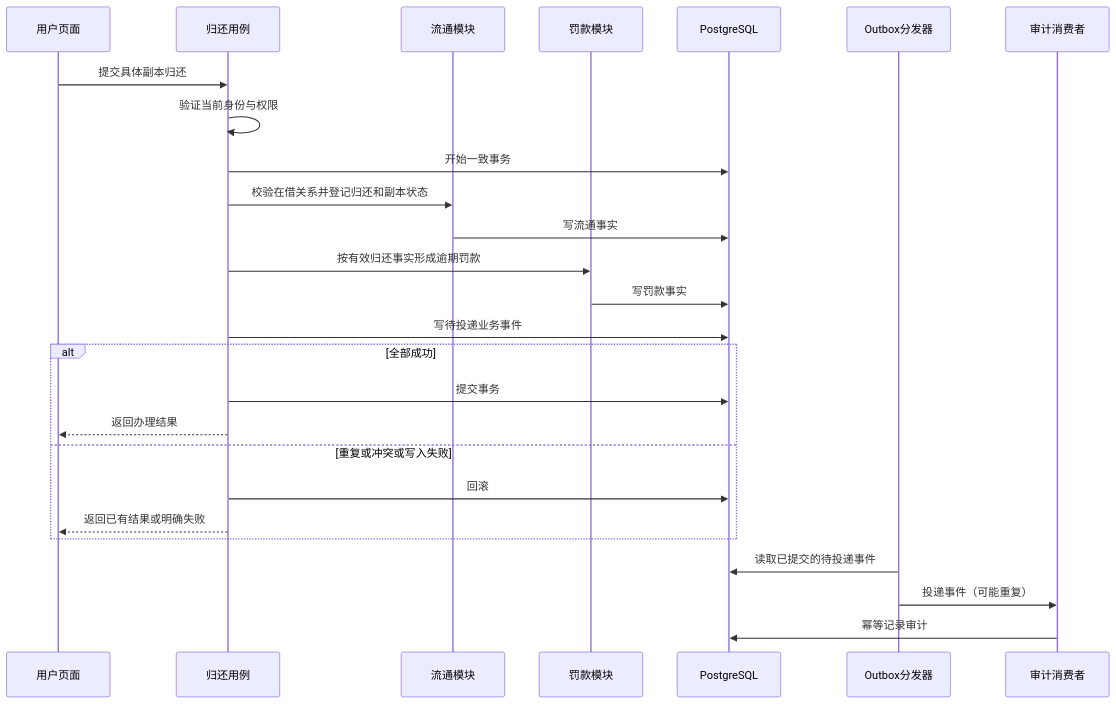
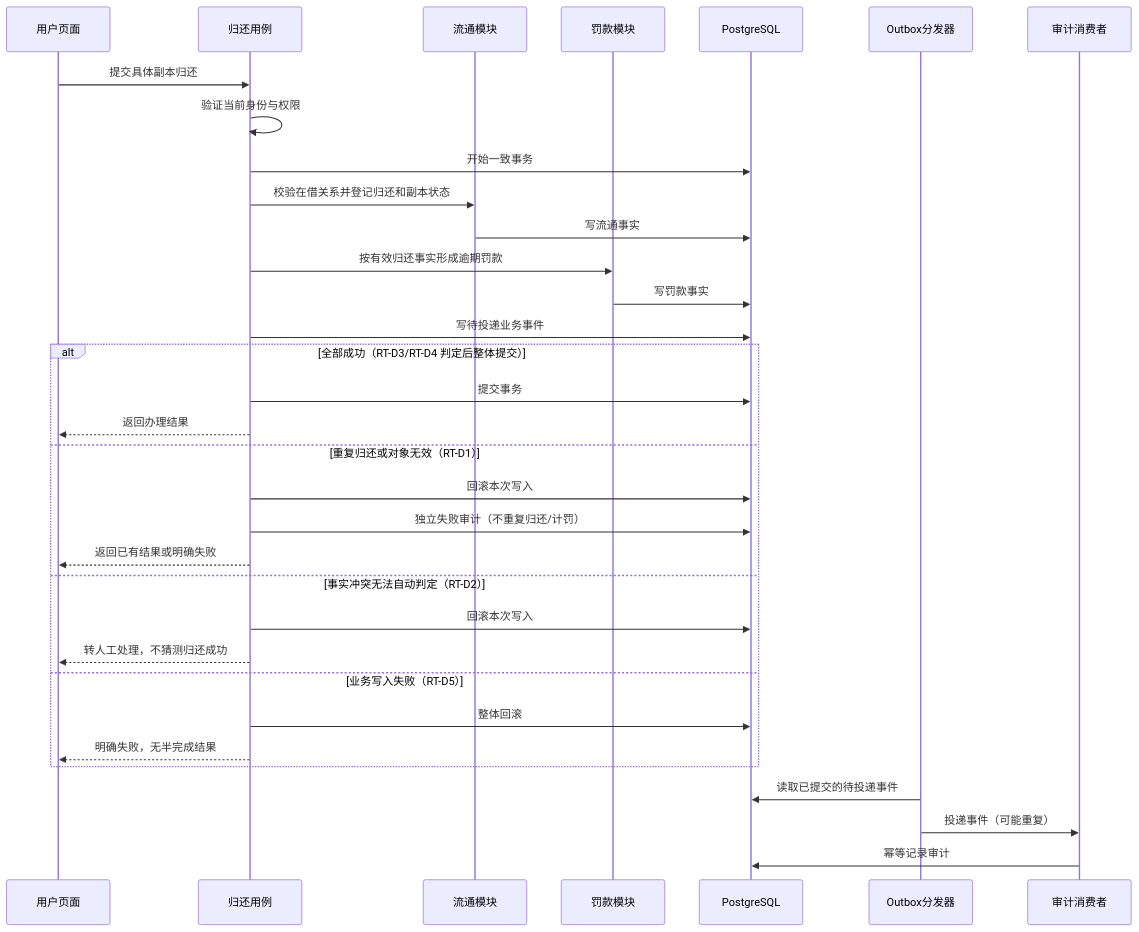
Before and after one commit to whitecait/MyLibrarySystem: the third of 13 diagrams in docs/02-overall-design/MLS-DOC-OD-0002.md, drawn with Mermaid. The commit also changed other lines of this file and 2 other files, not shown here.

````diff
--- a/docs/02-overall-design/MLS-DOC-OD-0002.md
+++ b/docs/02-overall-design/MLS-DOC-OD-0002.md
@@ -113,28 +113,35 @@
 ```mermaid
 sequenceDiagram
     participant U as 用户页面
     participant A as 归还用例
     participant C as 流通模块
     participant F as 罚款模块
     participant DB as PostgreSQL
     participant D as Outbox分发器
     participant E as 审计消费者
     U->>A: 提交具体副本归还
     A->>A: 验证当前身份与权限
     A->>DB: 开始一致事务
     A->>C: 校验在借关系并登记归还和副本状态
     C->>DB: 写流通事实
     A->>F: 按有效归还事实形成逾期罚款
     F->>DB: 写罚款事实
     A->>DB: 写待投递业务事件
-    alt 全部成功
+    alt 全部成功（RT-D3/RT-D4 判定后整体提交）
         A->>DB: 提交事务
         A-->>U: 返回办理结果
-    else 重复或冲突或写入失败
-        A->>DB: 回滚
+    else 重复归还或对象无效（RT-D1）
+        A->>DB: 回滚本次写入
+        A->>DB: 独立失败审计（不重复归还/计罚）
         A-->>U: 返回已有结果或明确失败
+    else 事实冲突无法自动判定（RT-D2）
+        A->>DB: 回滚本次写入
+        A-->>U: 转人工处理，不猜测归还成功
+    else 业务写入失败（RT-D5）
+        A->>DB: 整体回滚
+        A-->>U: 明确失败，无半完成结果
     end
     D->>DB: 读取已提交的待投递事件
     D->>E: 投递事件（可能重复）
     E->>DB: 幂等记录审计
 ```
````
